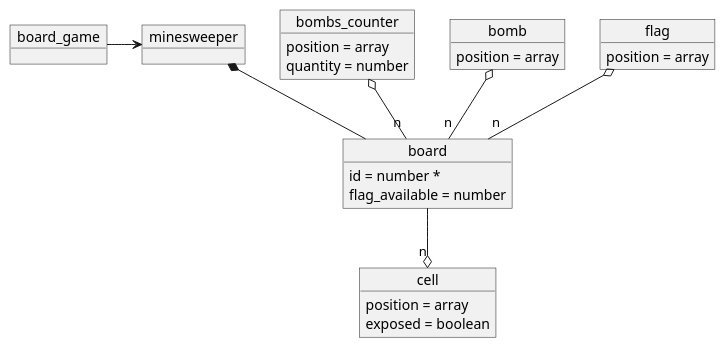
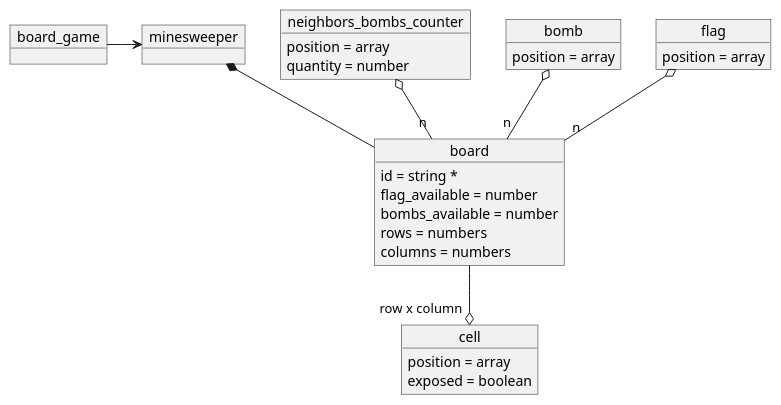
One commit to Dylanflini/buscaminas-typescript changed the diagram in domain.puml. Above: the diagram before and after it, drawn with PlantUML. The commit also changed 9 other files, not shown here.

```diff
--- a/domain.puml
+++ b/domain.puml
@@ -1,44 +1,47 @@
 object board_game
 object minesweeper
 
 object board {
-  id = number *
+  id = string *
   flag_available = number
+  bombs_available = number
+  rows = numbers
+  columns = numbers
   'game_timer = number
   'temporizador
 }
 
 object cell {
   position = array
   exposed = boolean
   ' withBomb = boolean
   ' flagged = boolean
   ' "cantidad bombas vecinas" = number*
 }
 
-object bombs_counter {
+' inform quantity of bombs in each cell of the matrix related with their neighbors
+object neighbors_bombs_counter {
   position = array
   quantity = number
 }
 
 object bomb {
   position = array
 }
 
 object flag {
   position = array
 }
 
 board_game -> minesweeper
 minesweeper *-- board
-
-bombs_counter o-- "n" board
+neighbors_bombs_counter o-- "n" board
 bomb o-- "n" board
 flag o-- "n" board
 
-board --o "n" cell
+board --o "row x column" cell
 
 
 ' Object03 *-- Object04
 ' Object05 o-- "4" Object06
 ' Object07 .. Object08 : some labels
```
